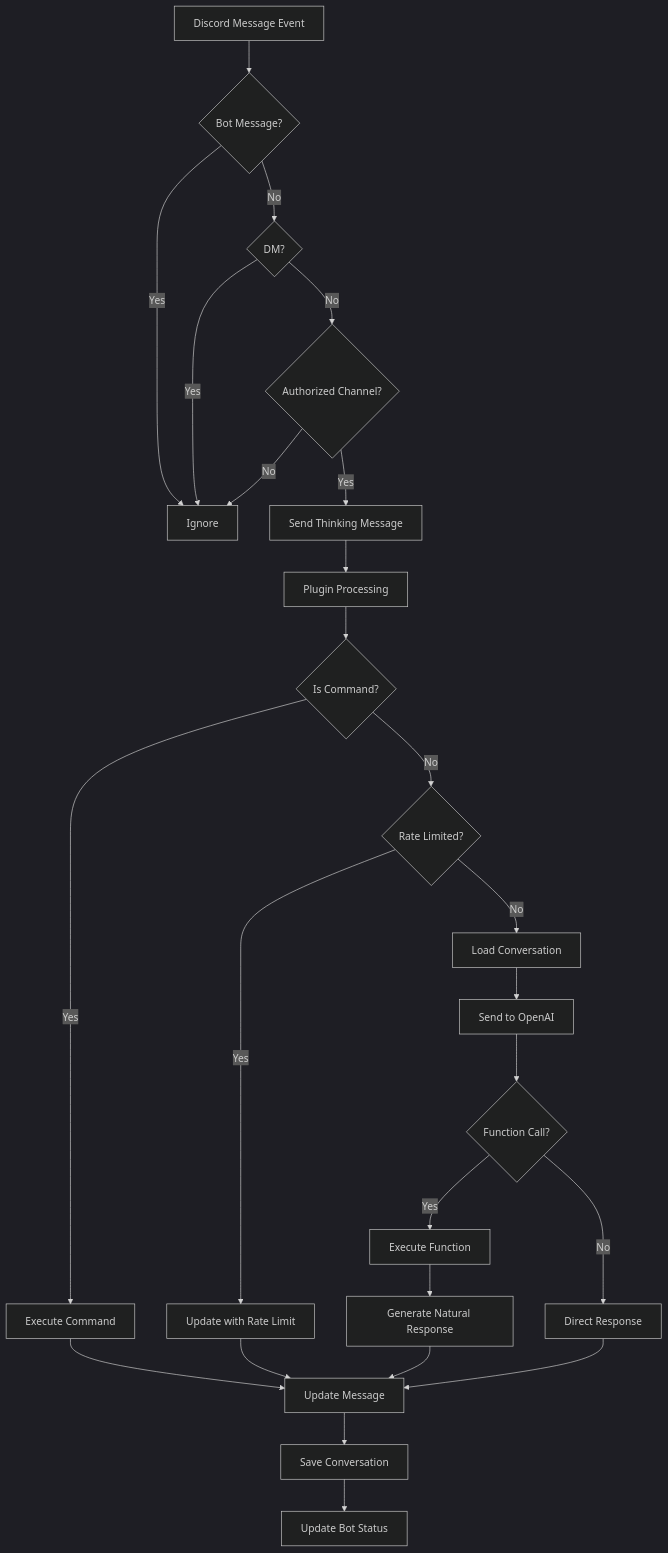
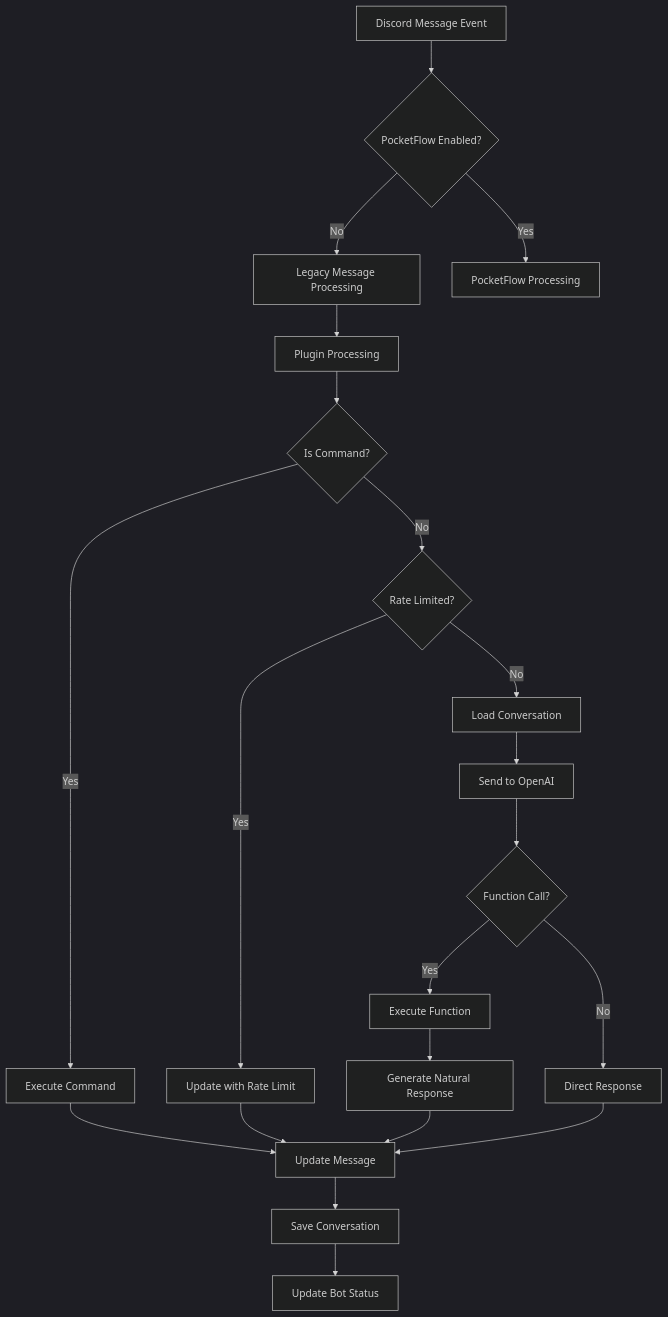
The second of 8 diagrams in docs/CONVERSATION_FLOW.md (f0rky/Chimp-GPT), drawn with Mermaid (dark theme) before and after one commit. The commit also changed other lines of this file and 3 other files, not shown here.

First line of the commit message:
docs: update documentation to reflect PocketFlow architecture (v2.0)

````diff
--- a/docs/CONVERSATION_FLOW.md
+++ b/docs/CONVERSATION_FLOW.md
@@ -7,32 +49,28 @@
 ```mermaid
 flowchart TD
-    A[Discord Message Event] --> B{Bot Message?}
-    B -->|Yes| C[Ignore]
-    B -->|No| D{DM?}
-    D -->|Yes| C
-    D -->|No| E{Authorized Channel?}
-    E -->|No| C
-    E -->|Yes| F[Send Thinking Message]
+    A[Discord Message Event] --> B{PocketFlow Enabled?}
+    B -->|No| C[Legacy Message Processing]
+    B -->|Yes| D[PocketFlow Processing]
     
-    F --> G[Plugin Processing]
-    G --> H{Is Command?}
-    H -->|Yes| I[Execute Command]
-    H -->|No| J{Rate Limited?}
+    C --> E[Plugin Processing]
+    E --> F{Is Command?}
+    F -->|Yes| G[Execute Command]
+    F -->|No| H{Rate Limited?}
     
-    J -->|Yes| K[Update with Rate Limit]
-    J -->|No| L[Load Conversation]
+    H -->|Yes| I[Update with Rate Limit]
+    H -->|No| J[Load Conversation]
     
-    L --> M[Send to OpenAI]
-    M --> N{Function Call?}
-    N -->|Yes| O[Execute Function]
-    N -->|No| P[Direct Response]
+    J --> K[Send to OpenAI]
+    K --> L{Function Call?}
+    L -->|Yes| M[Execute Function]
+    L -->|No| N[Direct Response]
     
-    O --> Q[Generate Natural Response]
-    Q --> R[Update Message]
-    P --> R
-    I --> R
-    K --> R
+    M --> O[Generate Natural Response]
+    O --> P[Update Message]
+    N --> P
+    G --> P
+    I --> P
     
-    R --> S[Save Conversation]
-    S --> T[Update Bot Status]
+    P --> Q[Save Conversation]
+    Q --> R[Update Bot Status]
 ```
````
